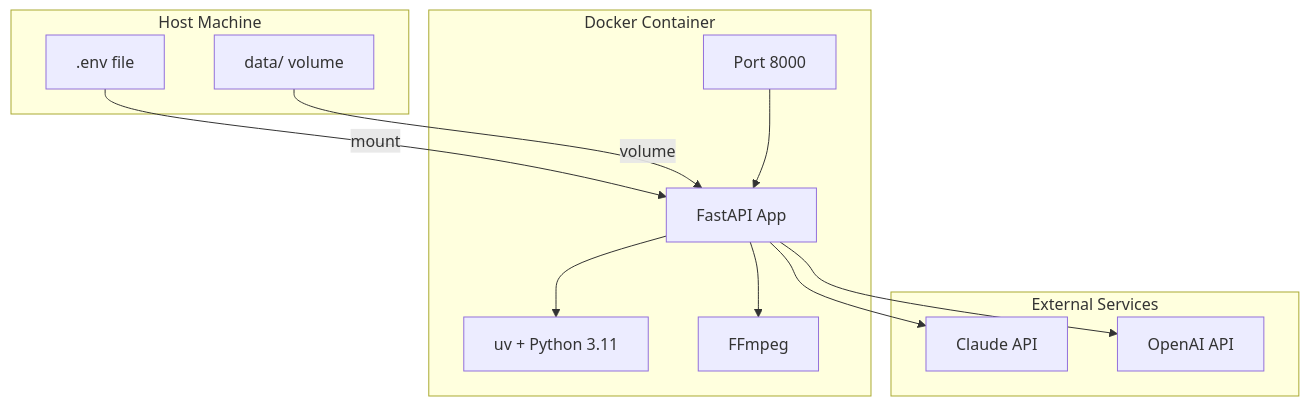
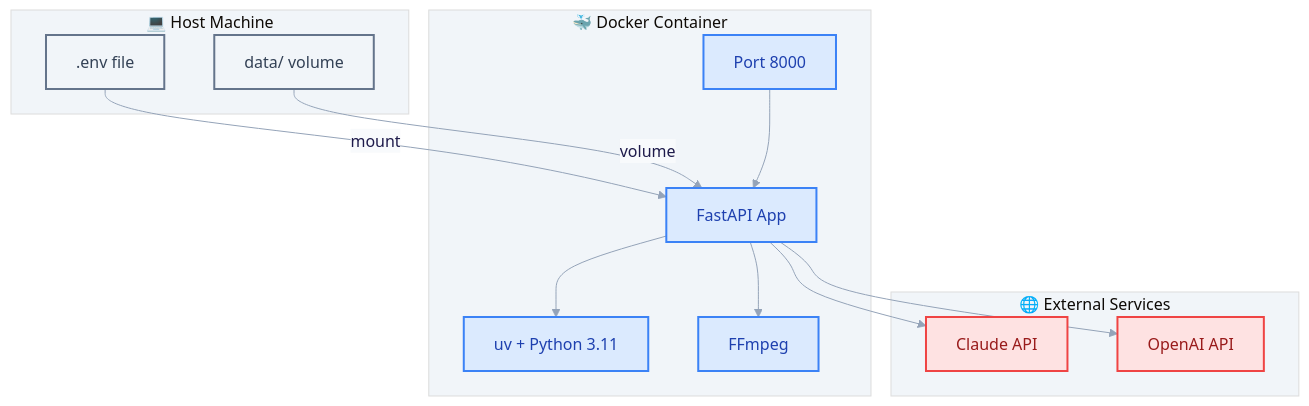
One commit to costiash/CognivAgent changed the diagram in guides/docker-deployment.md. Above: the diagram before and after it, drawn with Mermaid. The commit also changed 15 other files, not shown here.

First line of the commit message:
docs: add screenshots, demo video, and style Mermaid diagrams

````diff
--- a/guides/docker-deployment.md
+++ b/guides/docker-deployment.md
@@ -64,27 +64,36 @@
 ```mermaid
+%%{init: {'theme': 'base', 'themeVariables': { 'primaryColor': '#818cf8', 'primaryTextColor': '#1e1b4b', 'primaryBorderColor': '#6366f1', 'lineColor': '#94a3b8', 'secondaryColor': '#f8fafc', 'tertiaryColor': '#f1f5f9'}}}%%
 graph TB
-    subgraph "Host Machine"
+    subgraph Host["💻 Host Machine"]
         ENV[.env file]
         DATA[data/ volume]
     end
 
-    subgraph "Docker Container"
+    subgraph Container["🐳 Docker Container"]
         NGINX[Port 8000]
         APP[FastAPI App]
         UV[uv + Python 3.11]
         FFMPEG[FFmpeg]
     end
 
-    subgraph "External Services"
+    subgraph External["🌐 External Services"]
         CLAUDE[Claude API]
         OPENAI[OpenAI API]
     end
 
     ENV -->|mount| APP
     DATA -->|volume| APP
     NGINX --> APP
     APP --> UV
     APP --> FFMPEG
     APP --> CLAUDE
     APP --> OPENAI
+
+    classDef host fill:#f1f5f9,stroke:#64748b,stroke-width:2px,color:#334155
+    classDef container fill:#dbeafe,stroke:#3b82f6,stroke-width:2px,color:#1e40af
+    classDef external fill:#fee2e2,stroke:#ef4444,stroke-width:2px,color:#991b1b
+
+    class ENV,DATA host
+    class NGINX,APP,UV,FFMPEG container
+    class CLAUDE,OPENAI external
 ```
````
